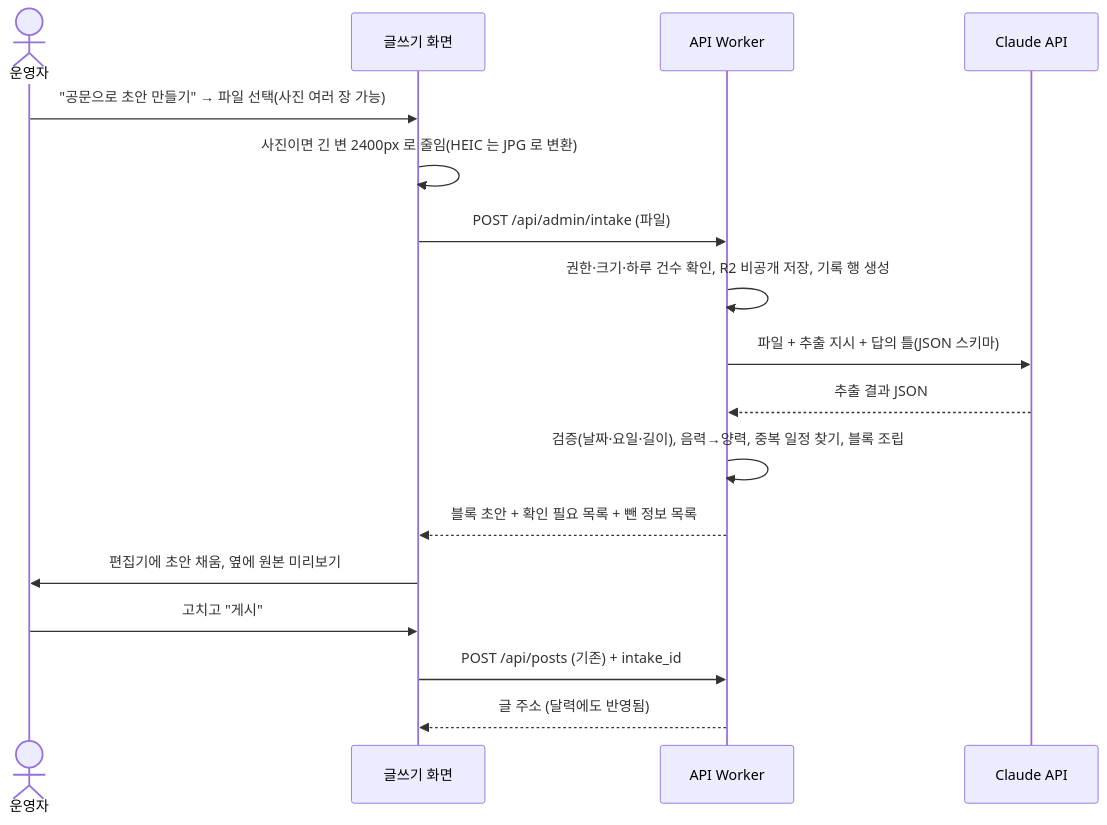
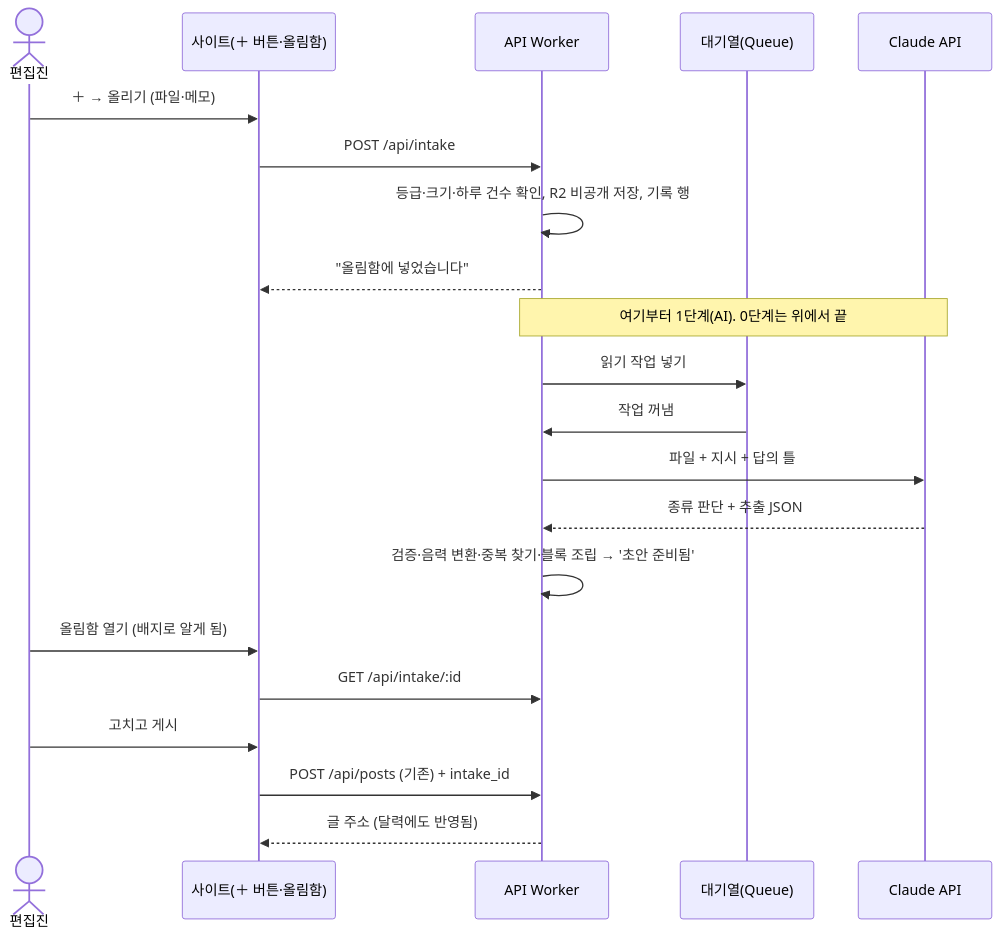
The second of 2 diagrams in docs/design/ai-intake.md (Moakro/jsbeob), drawn with Mermaid before and after one commit. The commit also changed other lines of this file, not shown here.

Commit message:
docs(design): 오너 추가 방향 반영 — 편집진(60) 전용 + 버튼·올림함 중심, 0단계 먼저

````diff
--- a/docs/design/ai-intake.md
+++ b/docs/design/ai-intake.md
@@ -110,19 +162,23 @@
 ```mermaid
 sequenceDiagram
-  actor U as 운영자
-  participant W as 글쓰기 화면
+  actor U as 편집진
+  participant W as 사이트(＋ 버튼·올림함)
   participant A as API Worker
+  participant Q as 대기열(Queue)
   participant C as Claude API
-  U->>W: "공문으로 초안 만들기" → 파일 선택(사진 여러 장 가능)
-  W->>W: 사진이면 긴 변 2400px 로 줄임(HEIC 는 JPG 로 변환)
-  W->>A: POST /api/admin/intake (파일)
-  A->>A: 권한·크기·하루 건수 확인, R2 비공개 저장, 기록 행 생성
-  A->>C: 파일 + 추출 지시 + 답의 틀(JSON 스키마)
-  C-->>A: 추출 결과 JSON
-  A->>A: 검증(날짜·요일·길이), 음력→양력, 중복 일정 찾기, 블록 조립
-  A-->>W: 블록 초안 + 확인 필요 목록 + 뺀 정보 목록
-  W->>U: 편집기에 초안 채움, 옆에 원본 미리보기
-  U->>W: 고치고 "게시"
+  U->>W: ＋ → 올리기 (파일·메모)
+  W->>A: POST /api/intake
+  A->>A: 등급·크기·하루 건수 확인, R2 비공개 저장, 기록 행
+  A-->>W: "올림함에 넣었습니다"
+  Note over A,C: 여기부터 1단계(AI). 0단계는 위에서 끝
+  A->>Q: 읽기 작업 넣기
+  Q->>A: 작업 꺼냄
+  A->>C: 파일 + 지시 + 답의 틀
+  C-->>A: 종류 판단 + 추출 JSON
+  A->>A: 검증·음력 변환·중복 찾기·블록 조립 → '초안 준비됨'
+  U->>W: 올림함 열기 (배지로 알게 됨)
+  W->>A: GET /api/intake/:id
+  U->>W: 고치고 게시
   W->>A: POST /api/posts (기존) + intake_id
   A-->>W: 글 주소 (달력에도 반영됨)
 ```
````
